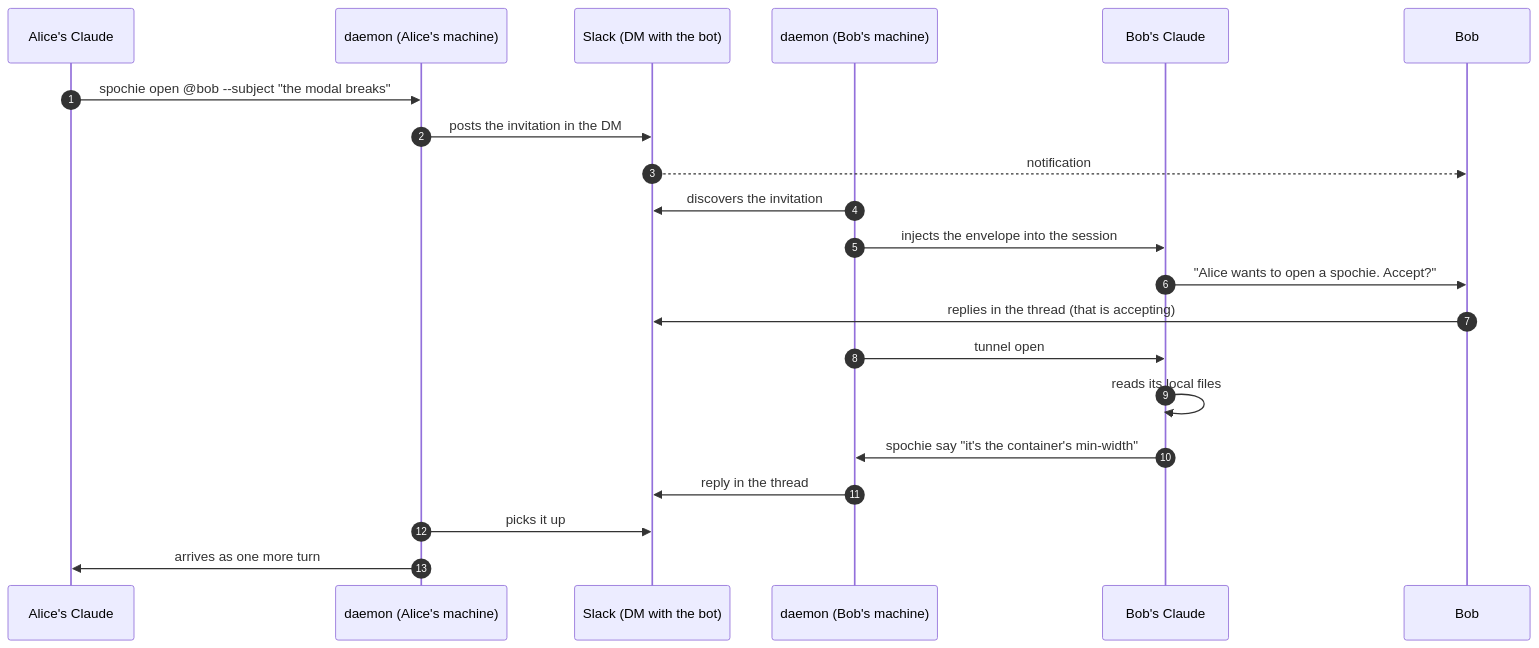
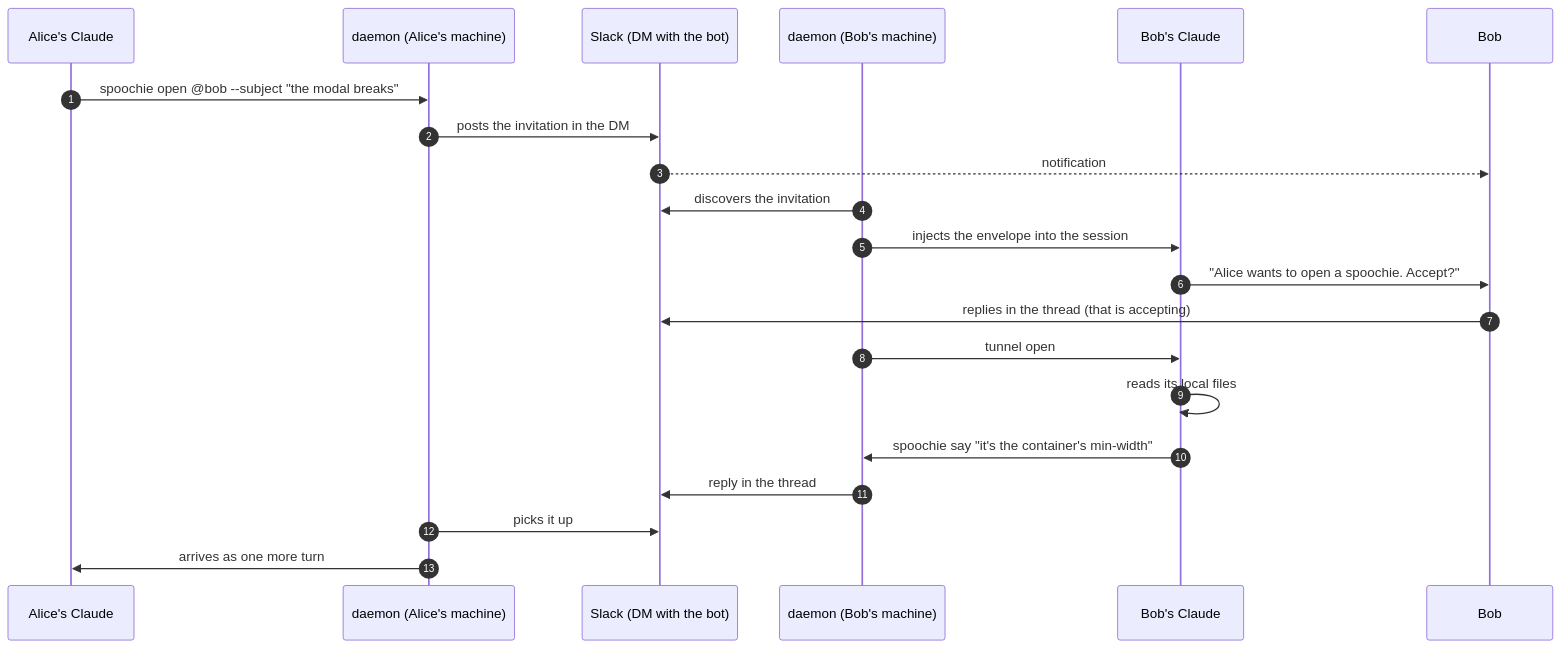
Before and after one commit to edugargar/spochie: the first of 2 diagrams in README.md, drawn with Mermaid. The commit also changed other lines of this file and 41 other files, not shown here.

````diff
--- a/README.md
+++ b/README.md
@@ -96,24 +104,24 @@
 ```mermaid
 sequenceDiagram
     autonumber
     participant CA as Alice's Claude
     participant DA as daemon (Alice's machine)
     participant S as Slack (DM with the bot)
     participant DB as daemon (Bob's machine)
     participant CB as Bob's Claude
     participant B as Bob
 
-    CA->>DA: spochie open @bob --subject "the modal breaks"
+    CA->>DA: spoochie open @bob --subject "the modal breaks"
     DA->>S: posts the invitation in the DM
     S-->>B: notification
     DB->>S: discovers the invitation
     DB->>CB: injects the envelope into the session
-    CB->>B: "Alice wants to open a spochie. Accept?"
+    CB->>B: "Alice wants to open a spoochie. Accept?"
     B->>S: replies in the thread (that is accepting)
     DB->>CB: tunnel open
     CB->>CB: reads its local files
-    CB->>DB: spochie say "it's the container's min-width"
+    CB->>DB: spoochie say "it's the container's min-width"
     DB->>S: reply in the thread
     DA->>S: picks it up
     DA->>CA: arrives as one more turn
 ```
````
